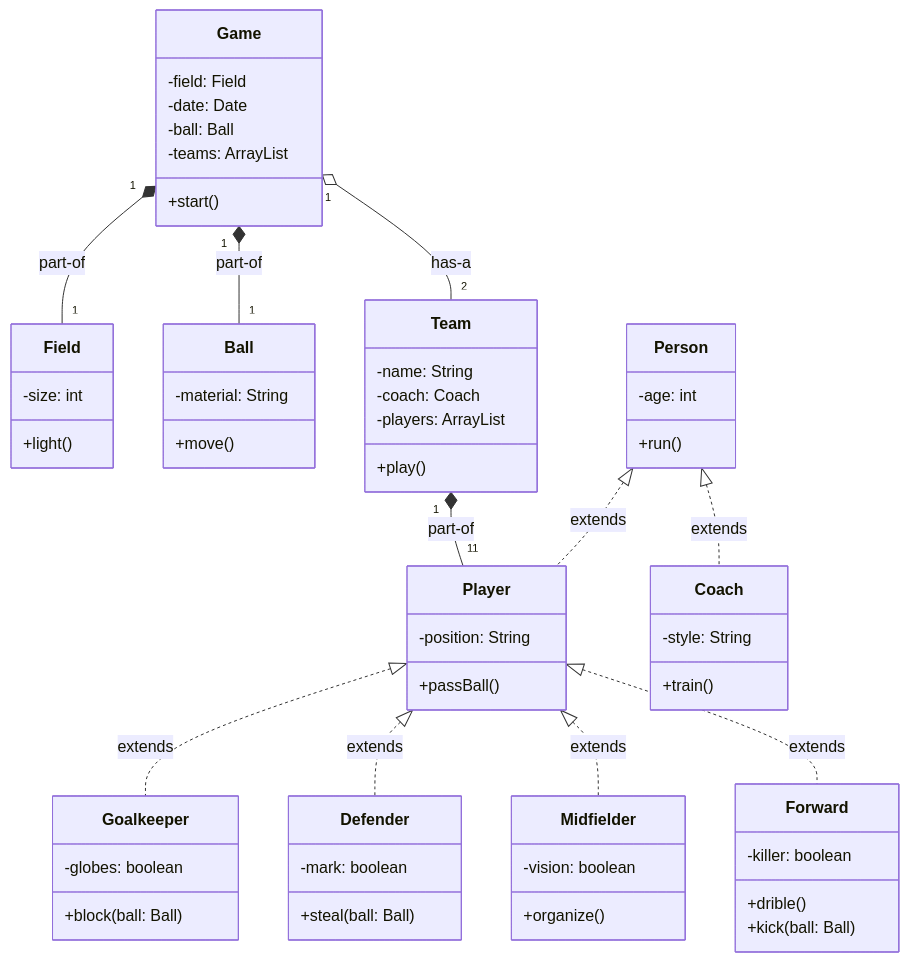
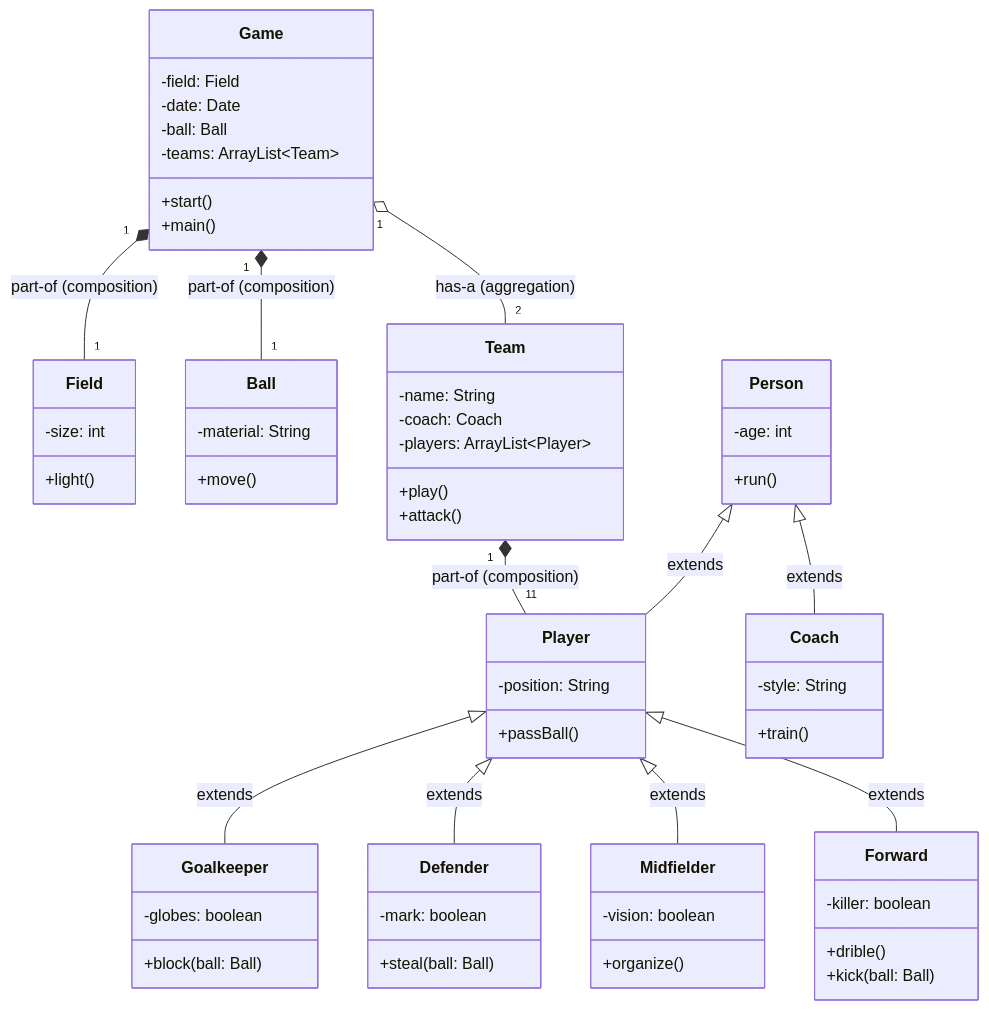
One commit to RogerTito455/STUCOM-Pelai-MP0616_Git_PHP_Football changed the first of 2 diagrams in README.md. Above: the diagram before and after it, drawn with Mermaid. The commit also changed other lines of this file, not shown here.

````diff
--- a/README.md
+++ b/README.md
@@ -9,77 +71,76 @@
 ```mermaid
 classDiagram
    class Game {
     -field: Field
     -date: Date
-	-ball: Ball
-    -teams: ArrayList<Team>
+    -ball: Ball
+    -teams: ArrayList~Team~
     +start()
+    +main()
   }
 
   class Field {
     -size: int
     +light()
   }
 
   class Team {
     -name: String
-	-coach: Coach
-    -players: ArrayList<Player>
+    -coach: Coach
+    -players: ArrayList~Player~
     +play()
+    +attack()
   }
+
   class Ball {
     -material: String
     +move()
   }
  
-   class Person {
+  class Person {
     -age: int
     +run()
   }
 
   class Player {
     -position: String
     +passBall()
   }
 
-    
-
-   class Coach {
+  class Coach {
     -style: String
     +train()
   }      
-
 
   class Goalkeeper {
     -globes: boolean
     +block(ball: Ball)
   }  
 
   class Defender {
     -mark: boolean
     +steal(ball: Ball)
   }
 
   class Midfielder {
     -vision: boolean
     +organize()
   }
 
   class Forward {
     -killer: boolean
     +drible()
     +kick(ball: Ball)
   } 
-    Person <|..  Player : extends
-    Person <|..  Coach : extends
-    Player <|.. Goalkeeper : extends
-    Player <|.. Defender : extends
-    Player <|.. Midfielder : extends
-    Player <|.. Forward : extends  
-    Game "1" *-- "1" Field: part-of
-    Game "1" *-- "1" Ball: part-of
-    Game "1" o-- "2" Team : has-a
-    Team "1" *-- "11" Player : part-of
 
-    
+  Person <|-- Player : extends
+  Person <|-- Coach : extends
+  Player <|-- Goalkeeper : extends
+  Player <|-- Defender : extends
+  Player <|-- Midfielder : extends
+  Player <|-- Forward : extends  
+  Game "1" *-- "1" Field : part-of (composition)
+  Game "1" *-- "1" Ball : part-of (composition)
+  Game "1" o-- "2" Team : has-a (aggregation)
+  Team "1" *-- "11" Player : part-of (composition)
 ```
````
